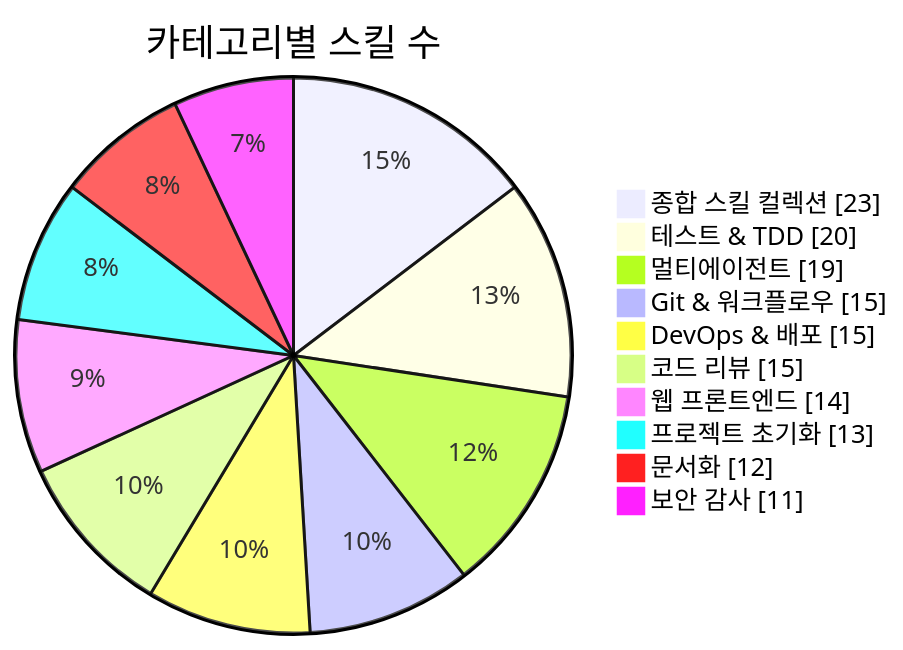
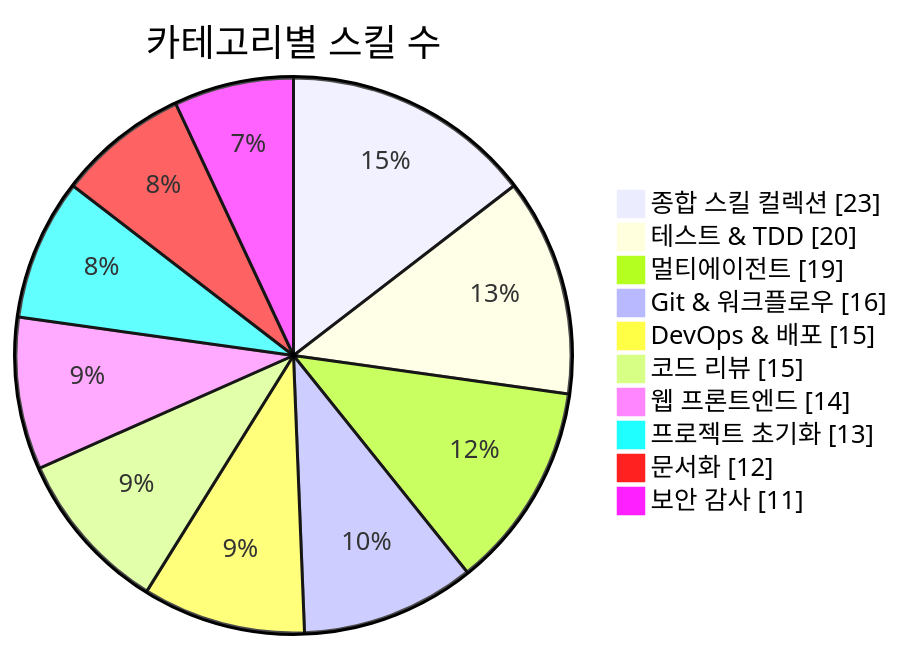
Before and after one commit to J-nowcow/awesome-korean-agent-skills: the first of 3 diagrams in README.md, drawn with Mermaid. The commit also changed other lines of this file and 28 other files, not shown here.

````diff
--- a/README.md
+++ b/README.md
@@ -176,14 +176,14 @@
 ```mermaid
 pie showData
     title 카테고리별 스킬 수
     "종합 스킬 컬렉션" : 23
     "테스트 & TDD" : 20
     "멀티에이전트" : 19
-    "Git & 워크플로우" : 15
+    "Git & 워크플로우" : 16
     "DevOps & 배포" : 15
     "코드 리뷰" : 15
     "웹 프론트엔드" : 14
     "프로젝트 초기화" : 13
     "문서화" : 12
     "보안 감사" : 11
 ```
````
